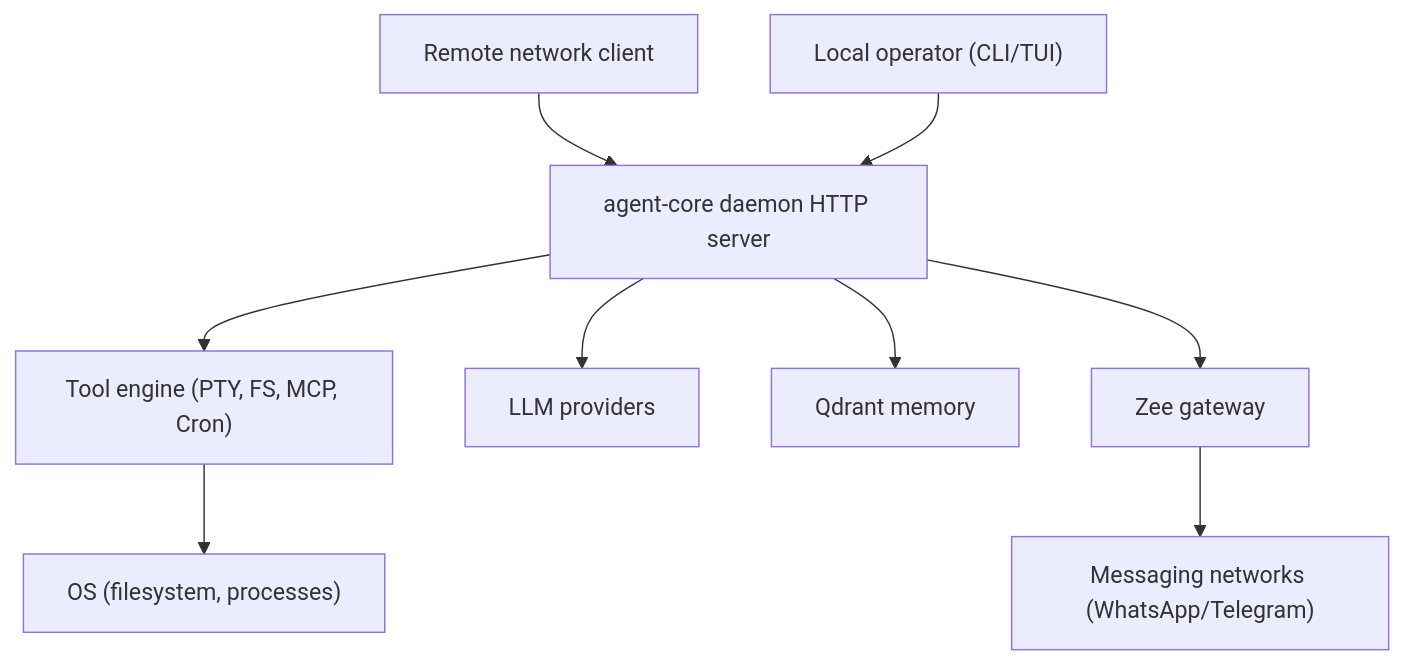
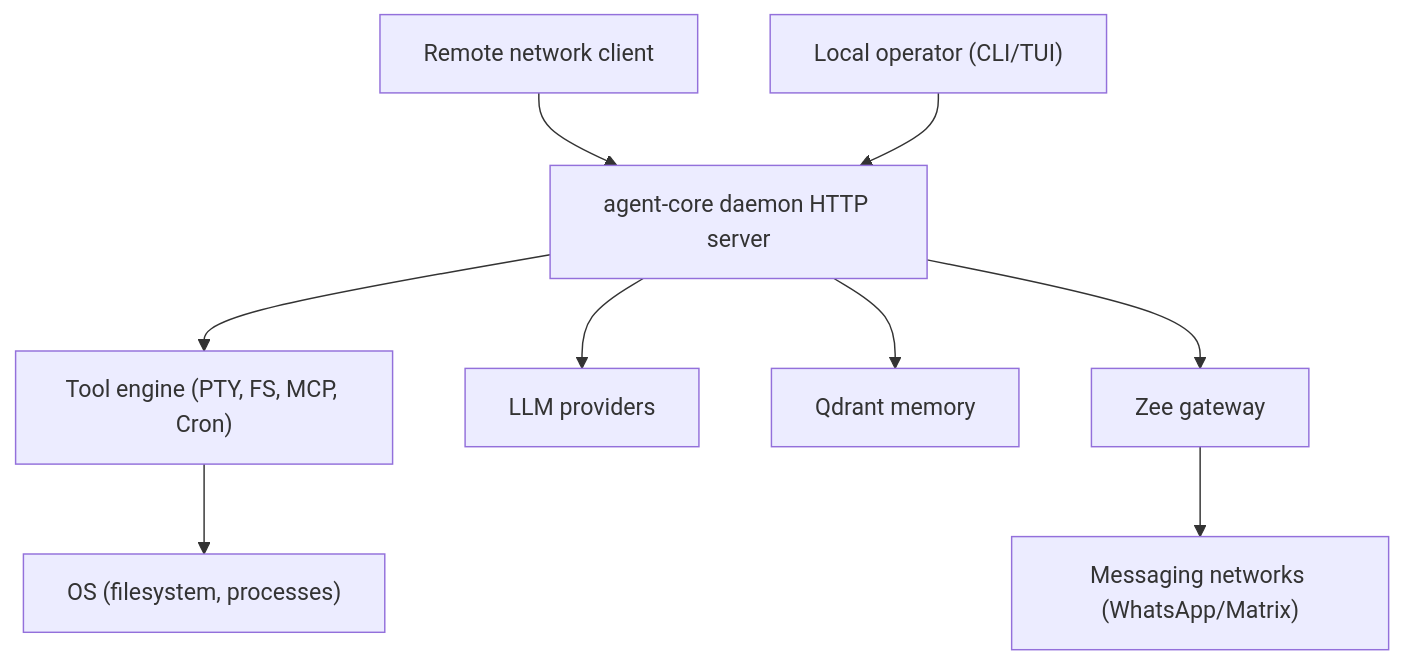
One commit to adolago/zee changed the diagram in agent-core-threat-model.md. Above: the diagram before and after it, drawn with Mermaid. The commit also changed other lines of this file and 224 other files, not shown here.

Commit message:
Remove Telegram channel and stabilize app e2e

````diff
--- a/agent-core-threat-model.md
+++ b/agent-core-threat-model.md
@@ -83,11 +83,11 @@
 ```mermaid
 flowchart TD
   A["Remote network client"] --> C["agent-core daemon HTTP server"]
   B["Local operator (CLI/TUI)"] --> C["agent-core daemon HTTP server"]
   C --> D["Tool engine (PTY, FS, MCP, Cron)"]
   D --> E["OS (filesystem, processes)"]
   C --> F["LLM providers"]
   C --> G["Qdrant memory"]
   C --> H["Zee gateway"]
-  H --> I["Messaging networks (WhatsApp/Telegram)"]
+  H --> I["Messaging networks (WhatsApp/Matrix)"]
 ```
````
